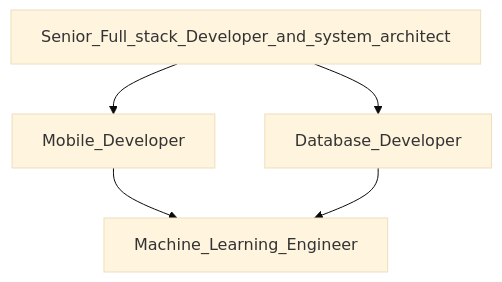
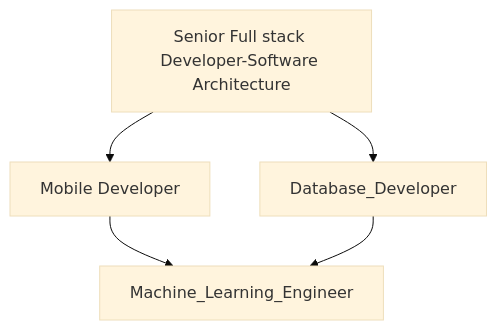
Before and after one commit to saskw2010/saskw2010: the first of 4 diagrams in README.md, drawn with Mermaid (base theme).

````diff
--- a/README.md
+++ b/README.md
@@ -8,7 +8,7 @@
 ```mermaid
 	graph TD;
-  	 	A[Senior_Full_stack_Developer_and_system_architect]-->B[Mobile_Developer];
+  	 	A[Senior Full stack Developer-Software Architecture]-->B[Mobile Developer];
    	 	A-->C[Database_Developer];
 	 	B-->D[Machine_Learning_Engineer];
 	 	C-->D;
 ```
````
